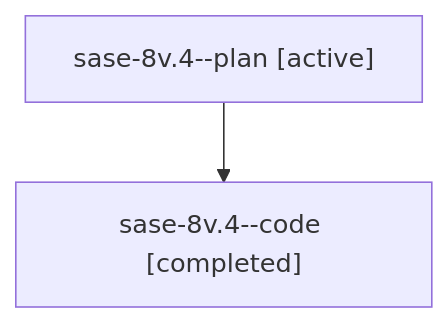
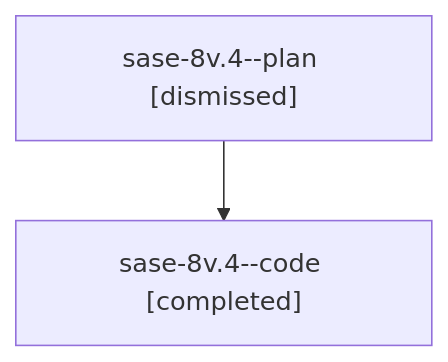
Before and after one commit to sase-org/sase--agents: the diagram in sessions/bbugyi200.athena.sase-8v.4.md, drawn with Mermaid. The commit also changed other lines of this file and 105 other files, not shown here.

````diff
--- a/sessions/bbugyi200.athena.sase-8v.4.md
+++ b/sessions/bbugyi200.athena.sase-8v.4.md
@@ -9,6 +9,6 @@
 ```mermaid
 flowchart TD
-  n0["sase-8v.4--plan [active]"]
+  n0["sase-8v.4--plan [dismissed]"]
   n1["sase-8v.4--code [completed]"]
   n0 --> n1
 ```
````
